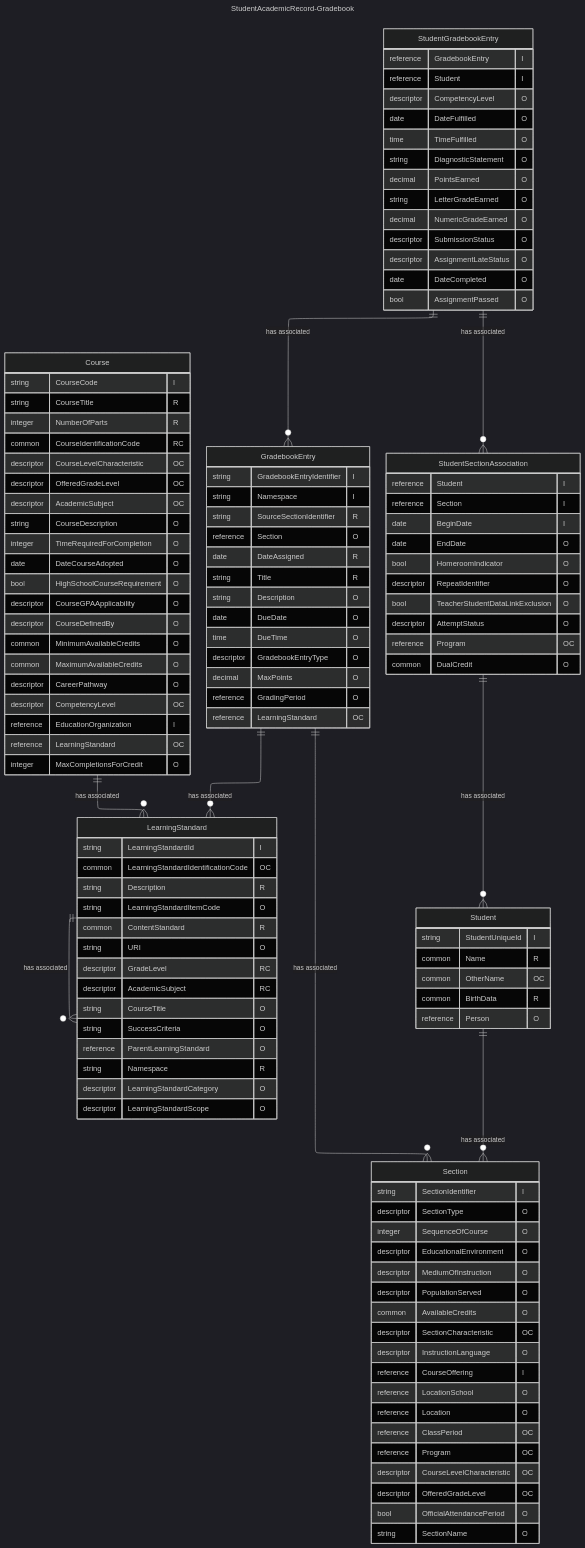
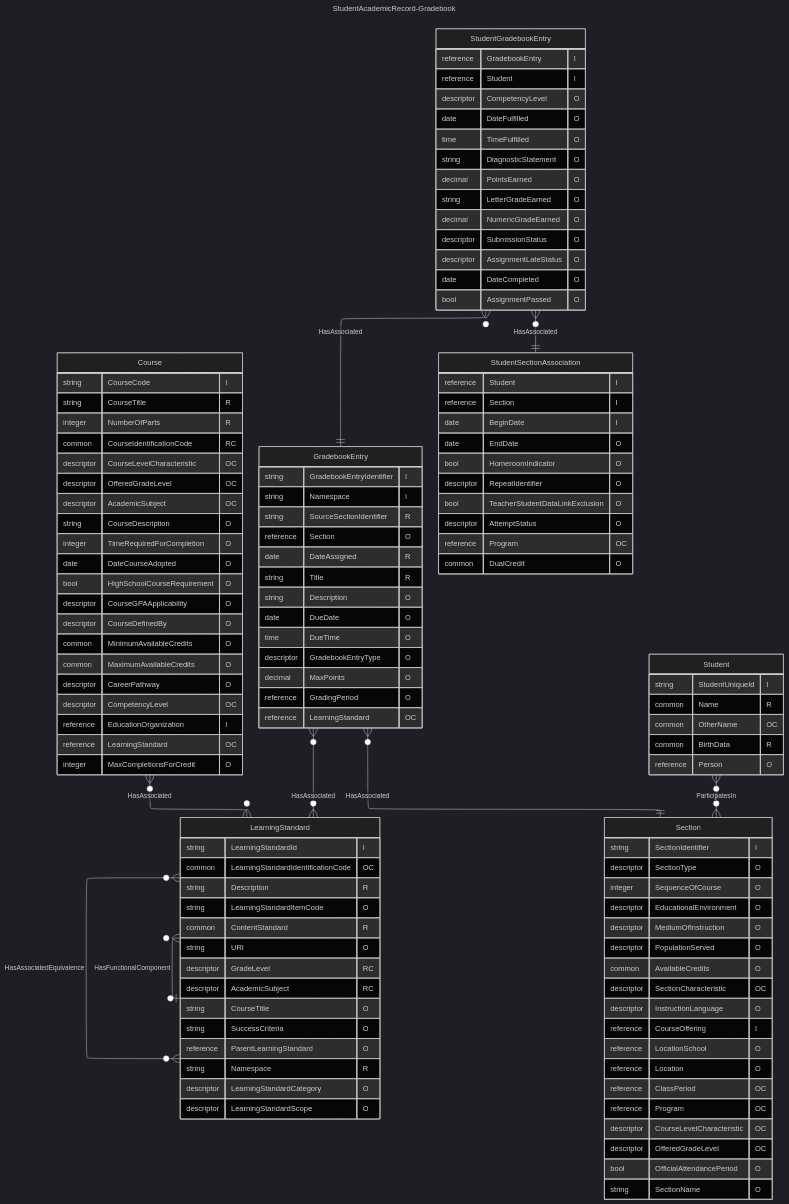
One commit to Ed-Fi-Alliance-OSS/Ed-Fi-Data-Standard changed the diagram in Models/Models/StudentAcademicRecord-Gradebook.mmd. Above: the diagram before and after it, drawn with Mermaid (dark theme). The commit also changed 17 other files, not shown here.

```diff
--- a/Models/Models/StudentAcademicRecord-Gradebook.mmd
+++ b/Models/Models/StudentAcademicRecord-Gradebook.mmd
@@ -1,121 +1,121 @@
 ---
 title: StudentAcademicRecord-Gradebook
 config:
   layout: elk
 ---
 erDiagram
     Course {
         string CourseCode "I"
         string CourseTitle "R"
         integer NumberOfParts "R"
         common CourseIdentificationCode "RC"
         descriptor CourseLevelCharacteristic "OC"
         descriptor OfferedGradeLevel "OC"
         descriptor AcademicSubject "OC"
         string CourseDescription "O"
         integer TimeRequiredForCompletion "O"
         date DateCourseAdopted "O"
         bool HighSchoolCourseRequirement "O"
         descriptor CourseGPAApplicability "O"
         descriptor CourseDefinedBy "O"
         common MinimumAvailableCredits "O"
         common MaximumAvailableCredits "O"
         descriptor CareerPathway "O"
         descriptor CompetencyLevel "OC"
         reference EducationOrganization "I"
         reference LearningStandard "OC"
         integer MaxCompletionsForCredit "O"
     }
     LearningStandard {
         string LearningStandardId "I"
         common LearningStandardIdentificationCode "OC"
         string Description "R"
         string LearningStandardItemCode "O"
         common ContentStandard "R"
         string URI "O"
         descriptor GradeLevel "RC"
         descriptor AcademicSubject "RC"
         string CourseTitle "O"
         string SuccessCriteria "O"
         reference ParentLearningStandard "O"
         string Namespace "R"
         descriptor LearningStandardCategory "O"
         descriptor LearningStandardScope "O"
     }
     GradebookEntry {
         string GradebookEntryIdentifier "I"
         string Namespace "I"
         string SourceSectionIdentifier "R"
         reference Section "O"
         date DateAssigned "R"
         string Title "R"
         string Description "O"
         date DueDate "O"
         time DueTime "O"
         descriptor GradebookEntryType "O"
         decimal MaxPoints "O"
         reference GradingPeriod "O"
         reference LearningStandard "OC"
     }
     StudentGradebookEntry {
         reference GradebookEntry "I"
         reference Student "I"
         descriptor CompetencyLevel "O"
         date DateFulfilled "O"
         time TimeFulfilled "O"
         string DiagnosticStatement "O"
         decimal PointsEarned "O"
         string LetterGradeEarned "O"
         decimal NumericGradeEarned "O"
         descriptor SubmissionStatus "O"
         descriptor AssignmentLateStatus "O"
         date DateCompleted "O"
         bool AssignmentPassed "O"
     }
     StudentSectionAssociation {
         reference Student "I"
         reference Section "I"
         date BeginDate "I"
         date EndDate "O"
         bool HomeroomIndicator "O"
         descriptor RepeatIdentifier "O"
         bool TeacherStudentDataLinkExclusion "O"
         descriptor AttemptStatus "O"
         reference Program "OC"
         common DualCredit "O"
     }
     Section {
         string SectionIdentifier "I"
         descriptor SectionType "O"
         integer SequenceOfCourse "O"
         descriptor EducationalEnvironment "O"
         descriptor MediumOfInstruction "O"
         descriptor PopulationServed "O"
         common AvailableCredits "O"
         descriptor SectionCharacteristic "OC"
         descriptor InstructionLanguage "O"
         reference CourseOffering "I"
         reference LocationSchool "O"
         reference Location "O"
         reference ClassPeriod "OC"
         reference Program "OC"
         descriptor CourseLevelCharacteristic "OC"
         descriptor OfferedGradeLevel "OC"
         bool OfficialAttendancePeriod "O"
         string SectionName "O"
     }
     Student {
         string StudentUniqueId "I"
         common Name "R"
         common OtherName "OC"
         common BirthData "R"
         reference Person "O"
     }
-    Course ||--o{ LearningStandard : "has associated"
-    LearningStandard ||--o{ LearningStandard : "has associated"
-    GradebookEntry ||--o{ LearningStandard : "has associated"
-    GradebookEntry ||--o{ Section : "has associated"
-    StudentGradebookEntry ||--o{ GradebookEntry : "has associated"
-    StudentGradebookEntry ||--o{ StudentSectionAssociation : "has associated"
-    StudentSectionAssociation ||--o{ Student : "has associated"
-    Student ||--o{ Section : "has associated"
+    Course }o--o{ LearningStandard : "HasAssociated"
+    StudentGradebookEntry }o--|| StudentSectionAssociation : "HasAssociated"
+    Student }o--o{ Section : "ParticipatesIn"
+    LearningStandard }o--o| LearningStandard : "HasFunctionalComponent"
+    GradebookEntry }o--o{ LearningStandard : "HasAssociated"
+    GradebookEntry }o--|| Section : "HasAssociated"
+    StudentGradebookEntry }o--|| GradebookEntry : "HasAssociated"
+    LearningStandard }o--o{ LearningStandard : "HasAssociatedEquivalence"
```
